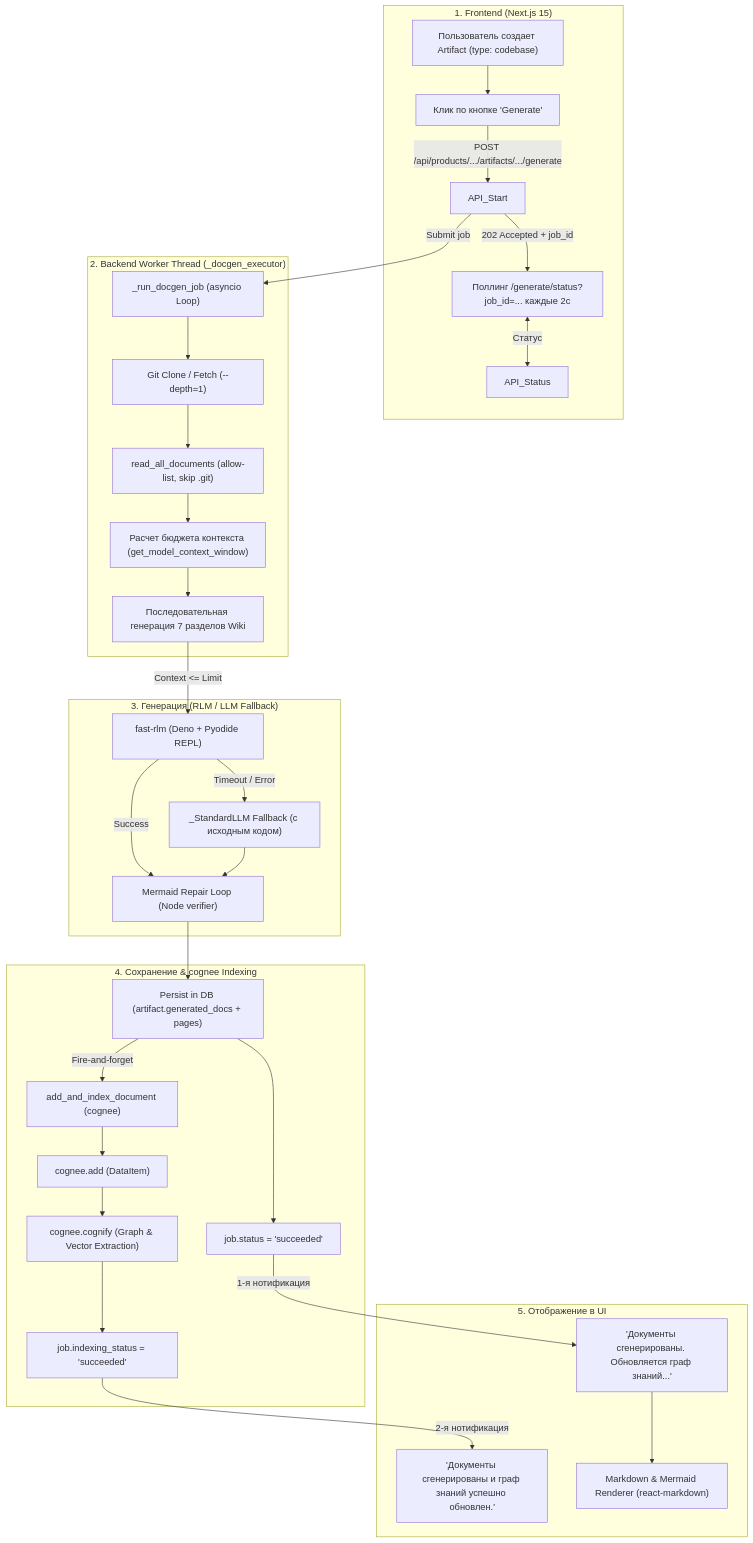
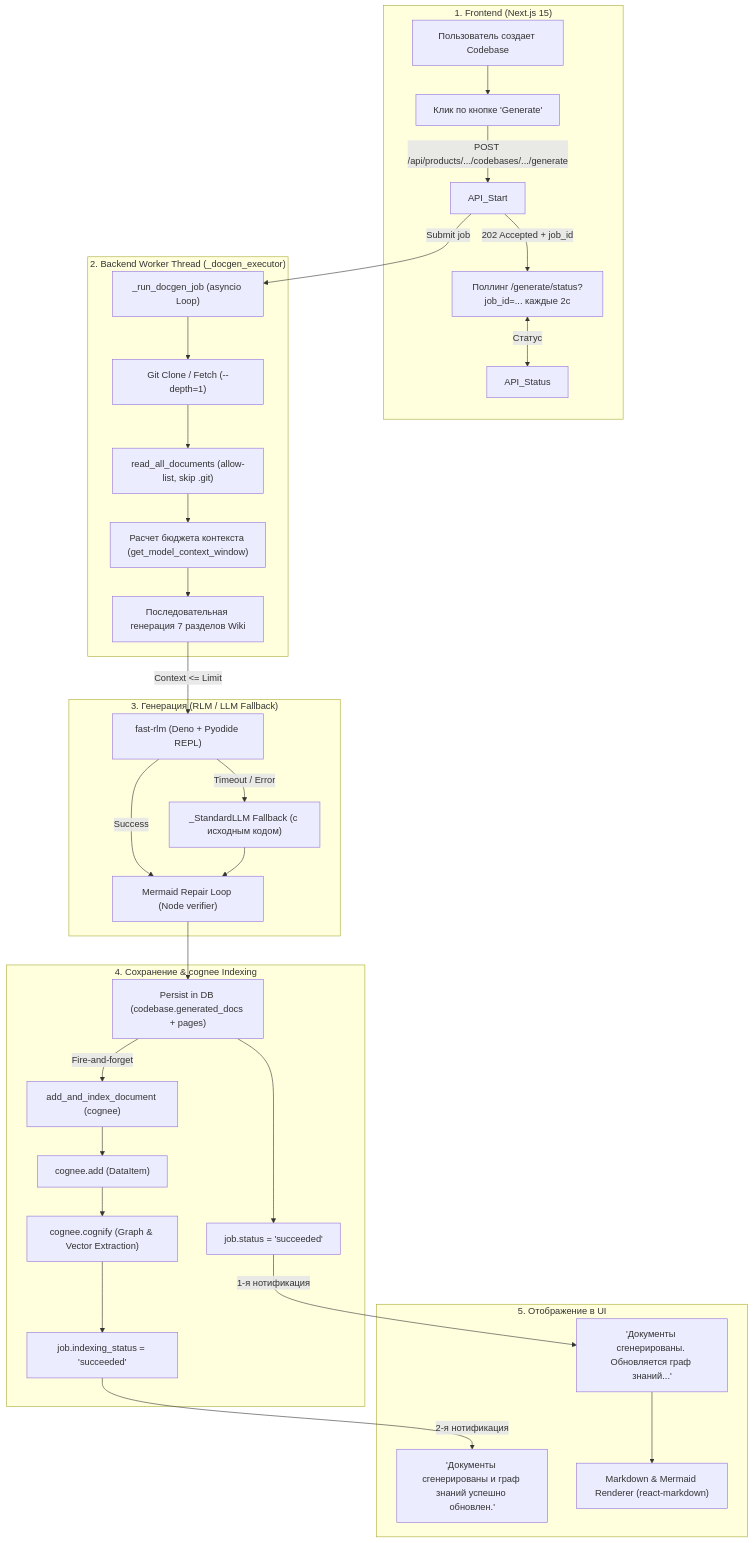
One commit to bocharoviliyav/productarium changed the diagram in docs/CODEBASE_DOCGEN_PIPELINE.md. Above: the diagram before and after it, drawn with Mermaid. The commit also changed other lines of this file and 132 other files, not shown here.

````diff
--- a/docs/CODEBASE_DOCGEN_PIPELINE.md
+++ b/docs/CODEBASE_DOCGEN_PIPELINE.md
@@ -22,39 +22,39 @@
 ```mermaid
 flowchart TD
     subgraph Frontend["1. Frontend (Next.js 15)"]
-        UI_Add["Пользователь создает Artifact (type: codebase)"] --> UI_Gen["Клик по кнопке 'Generate'"]
-        UI_Gen -->|POST /api/products/.../artifacts/.../generate| API_Start
+        UI_Add["Пользователь создает Codebase"] --> UI_Gen["Клик по кнопке 'Generate'"]
+        UI_Gen -->|POST /api/products/.../codebases/.../generate| API_Start
         UI_Poll["Поллинг /generate/status?job_id=... каждые 2с"] <-- Статус --> API_Status
     end
 
     subgraph Backend_Worker["2. Backend Worker Thread (_docgen_executor)"]
         API_Start -->|202 Accepted + job_id| UI_Poll
         API_Start -->|Submit job| Worker["_run_docgen_job (asyncio Loop)"]
         Worker --> Clone["Git Clone / Fetch (--depth=1)"]
         Clone --> ReadRepo["read_all_documents (allow-list, skip .git)"]
         ReadRepo --> ChunkBudget["Расчет бюджета контекста (get_model_context_window)"]
         ChunkBudget --> GenSections["Последовательная генерация 7 разделов Wiki"]
     end
 
     subgraph LLM_Pipeline["3. Генерация (RLM / LLM Fallback)"]
         GenSections -->|Context <= Limit| RLM["fast-rlm (Deno + Pyodide REPL)"]
         RLM -->|Timeout / Error| Fallback["_StandardLLM Fallback (с исходным кодом)"]
         RLM -->|Success| MermaidFix["Mermaid Repair Loop (Node verifier)"]
         Fallback --> MermaidFix
     end
 
     subgraph Persistence["4. Сохранение & cognee Indexing"]
-        MermaidFix --> Persist["Persist in DB (artifact.generated_docs + pages)"]
+        MermaidFix --> Persist["Persist in DB (codebase.generated_docs + pages)"]
         Persist --> JobSucceeded["job.status = 'succeeded'"]
         Persist -->|Fire-and-forget| CogneeIndex["add_and_index_document (cognee)"]
         CogneeIndex --> CogneeIngest["cognee.add (DataItem)"]
         CogneeIngest --> CogneeCognify["cognee.cognify (Graph & Vector Extraction)"]
         CogneeCognify --> IndexSucceeded["job.indexing_status = 'succeeded'"]
     end
 
     subgraph UI_Render["5. Отображение в UI"]
         JobSucceeded -->|1-я нотификация| UI_Notice1["'Документы сгенерированы. Обновляется граф знаний...'"]
         IndexSucceeded -->|2-я нотификация| UI_Notice2["'Документы сгенерированы и граф знаний успешно обновлен.'"]
         UI_Notice1 --> RenderDocs["Markdown & Mermaid Renderer (react-markdown)"]
     end
 ```
````
